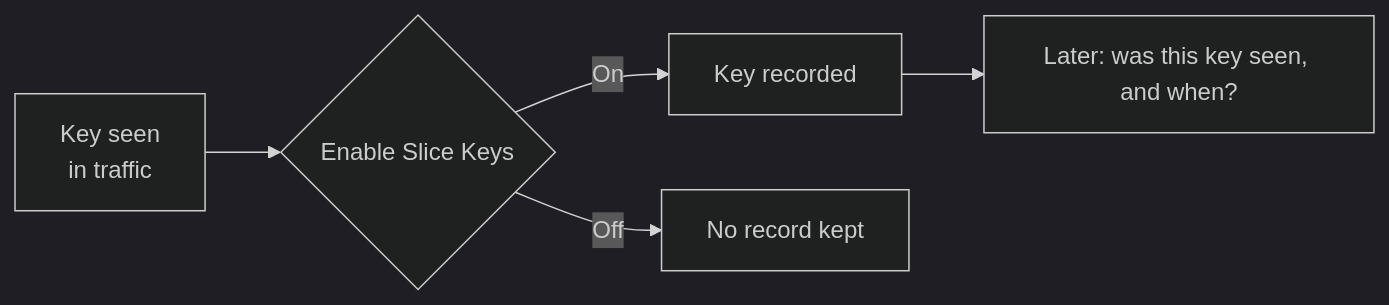
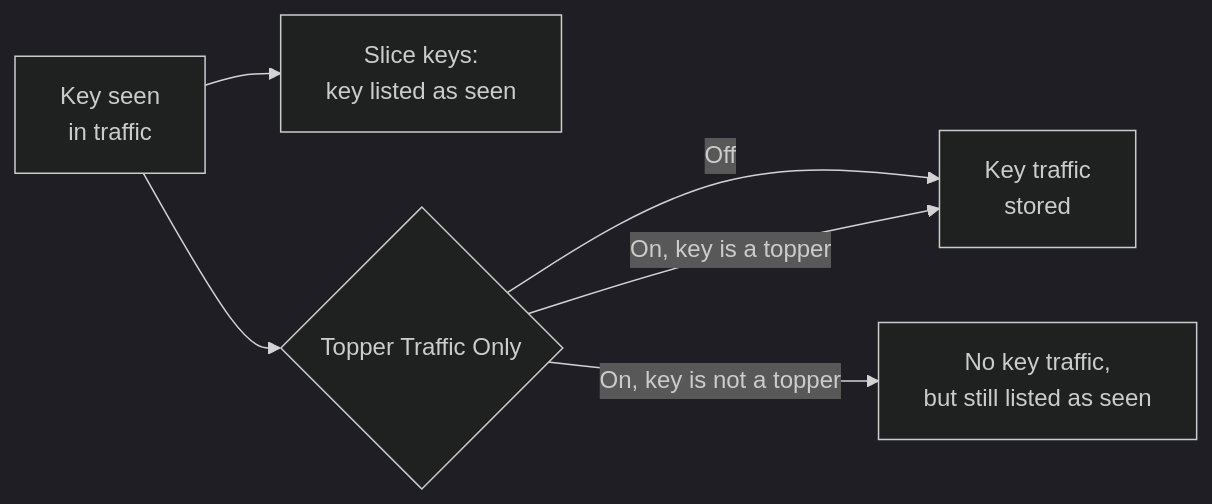
One commit to trisulnsm/dinodoc changed the sixth of 9 diagrams in trisuldocs/docs/guide/ag/context/countergroup_tuning.md. Above: the diagram before and after it, drawn with Mermaid (dark theme). The commit also changed other lines of this file, not shown here.

Commit message:
balance depth1 &2, slice keys, resolver group details added in tuning cg

````diff
--- a/trisuldocs/docs/guide/ag/context/countergroup_tuning.md
+++ b/trisuldocs/docs/guide/ag/context/countergroup_tuning.md
@@ -183,7 +193,8 @@
 ```mermaid
 flowchart LR
-  K["Key seen<br/>in traffic"] --> Q{"Enable Slice Keys"}
-  Q -->|"On"| R["Key recorded"]
-  R --> S["Later: was this key seen, and when?"]
-  Q -->|"Off"| N["No record kept"]
+  K["Key seen<br/>in traffic"] --> SK["Slice keys:<br/>key listed as seen"]
+  K --> T{"Topper Traffic Only"}
+  T -->|"Off"| KT["Key traffic<br/>stored"]
+  T -->|"On, key is a topper"| KT
+  T -->|"On, key is not a topper"| NT["No key traffic,<br/>but still listed as seen"]
 ```
````
